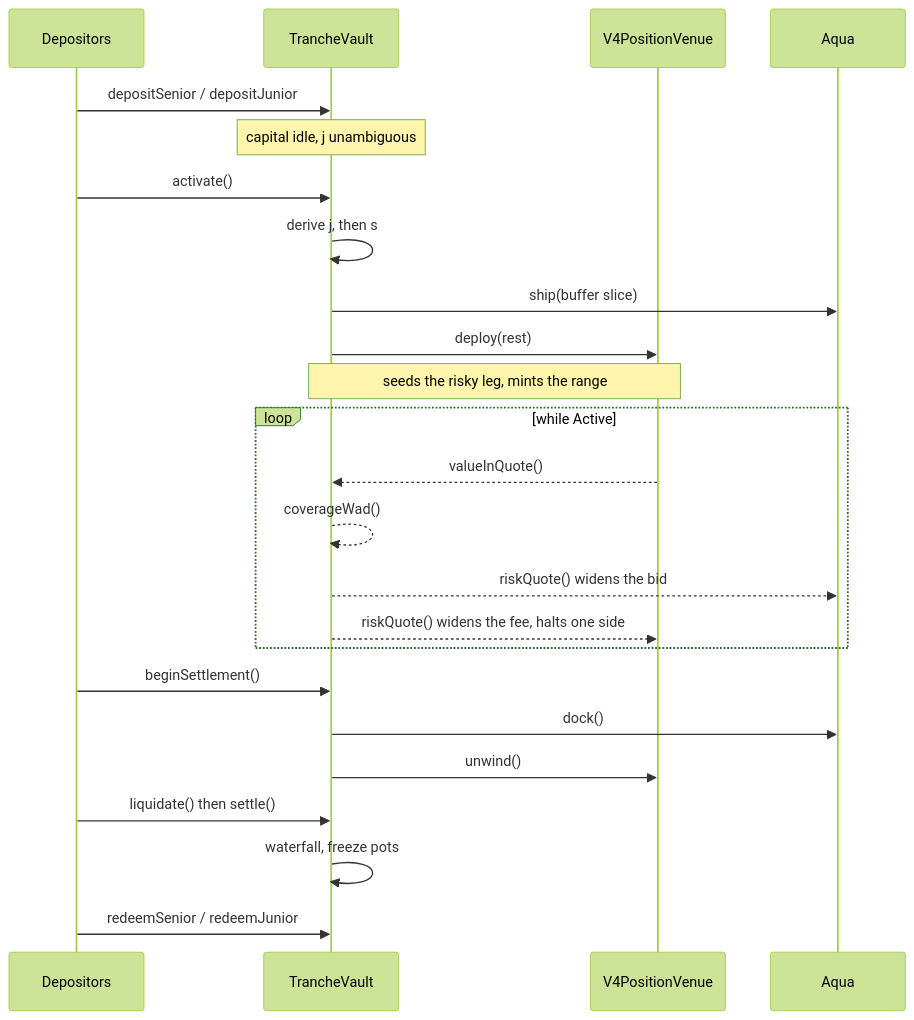
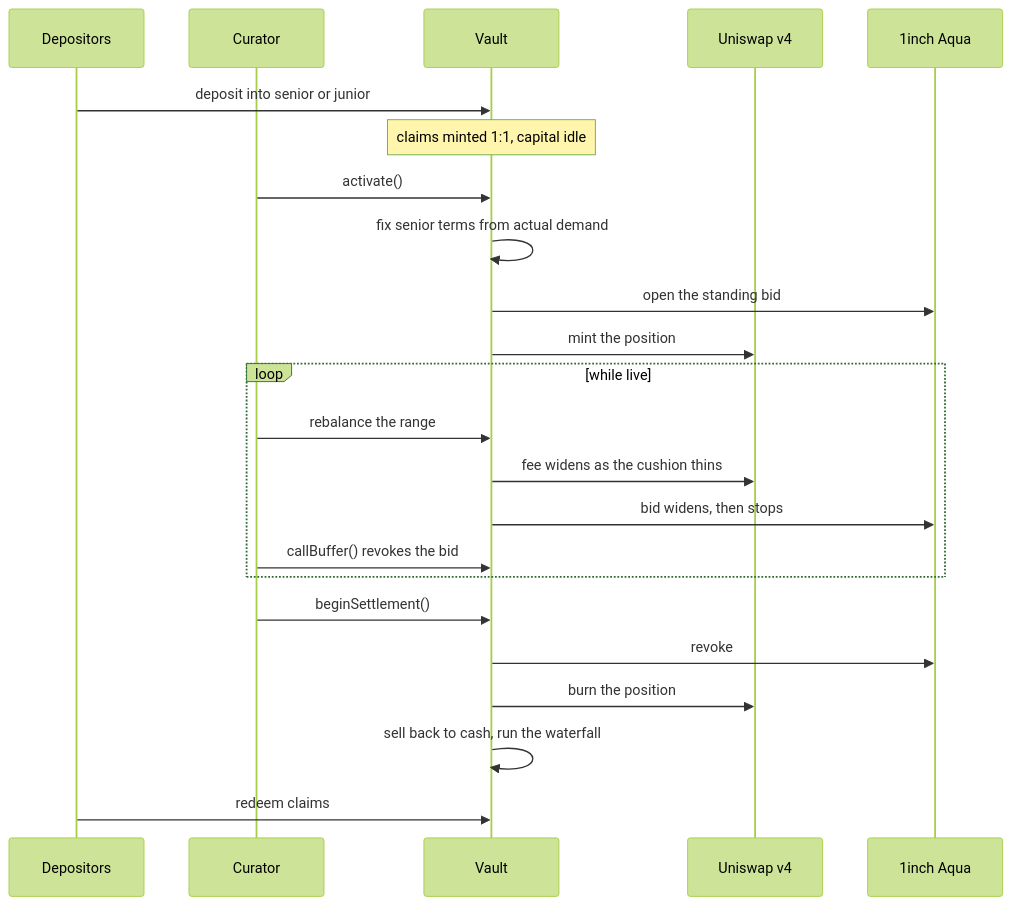
The second of 3 diagrams in README.md (pieakshat/Trelp), drawn with Mermaid (forest theme) before and after one commit. The commit also changed other lines of this file, not shown here.

````diff
--- a/README.md
+++ b/README.md
@@ -120,30 +143,29 @@
 ```mermaid
 sequenceDiagram
-    participant U as Depositors
-    participant V as TrancheVault
-    participant P as V4PositionVenue
-    participant Q as Aqua
+    participant D as Depositors
+    participant C as Curator
+    participant V as Vault
+    participant P as Uniswap v4
+    participant Q as 1inch Aqua
 
-    U->>V: depositSenior / depositJunior
-    Note over V: capital idle, j unambiguous
+    D->>V: deposit into senior or junior
+    Note over V: claims minted 1:1, capital idle
 
-    U->>V: activate()
-    V->>V: derive j, then s
-    V->>Q: ship(buffer slice)
-    V->>P: deploy(rest)
-    Note over V,P: seeds the risky leg, mints the range
+    C->>V: activate()
+    V->>V: fix senior terms from actual demand
+    V->>Q: open the standing bid
+    V->>P: mint the position
 
-    loop while Active
-        P-->>V: valueInQuote()
-        V-->>V: coverageWad()
-        V-->>Q: riskQuote() widens the bid
-        V-->>P: riskQuote() widens the fee, halts one side
+    loop while live
+        C->>V: rebalance the range
+        V->>P: fee widens as the cushion thins
+        V->>Q: bid widens, then stops
+        C->>V: callBuffer() revokes the bid
     end
 
-    U->>V: beginSettlement()
-    V->>Q: dock()
-    V->>P: unwind()
-    U->>V: liquidate() then settle()
-    V->>V: waterfall, freeze pots
-    U->>V: redeemSenior / redeemJunior
+    C->>V: beginSettlement()
+    V->>Q: revoke
+    V->>P: burn the position
+    V->>V: sell back to cash, run the waterfall
+    D->>V: redeem claims
 ```
````
